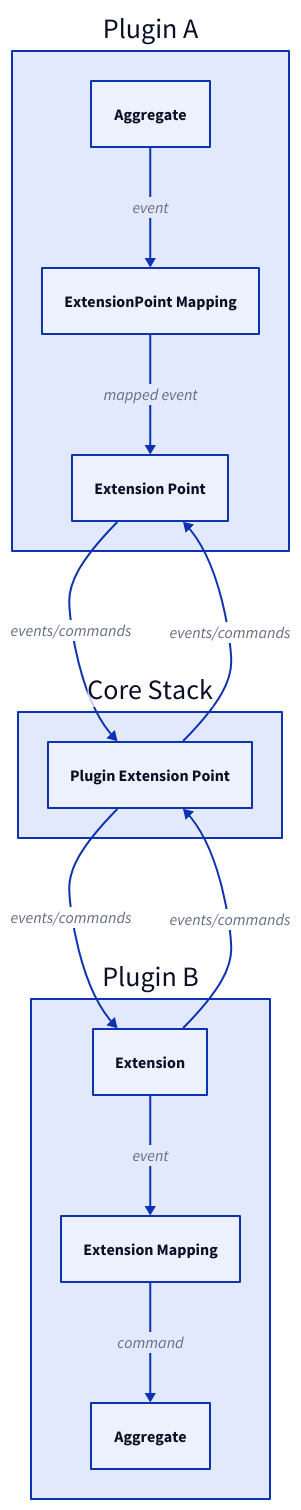
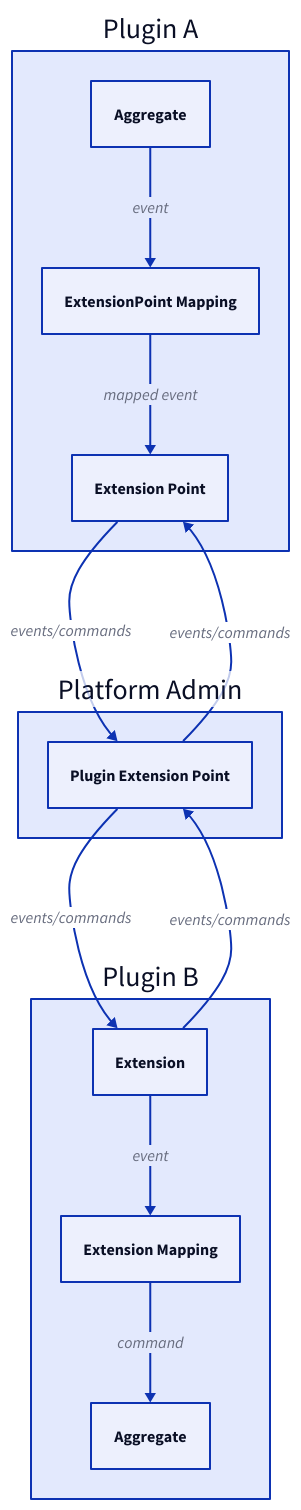
Before and after one commit to ReventlessDev/reventless-core: the third of 5 diagrams in packages/doc/docs-app/components/plugin.md, drawn with D2. The commit also changed other lines of this file and 92 other files, not shown here.

````diff
--- a/packages/doc/docs-app/components/plugin.md
+++ b/packages/doc/docs-app/components/plugin.md
@@ -194,31 +194,31 @@
 ```d2
 PluginA: Plugin A {
   class: plugin-area
   AggA: Aggregate { class: aggregate }
   EPA: Extension Point { class: extension-point }
   EPM: ExtensionPoint Mapping { class: event-mapper }
 
   AggA -> EPM: event { class: event-flow }
   EPM -> EPA: mapped event { class: event-flow }
 }
 
 PluginB: Plugin B {
   class: plugin-area
   ExtB: Extension { class: extension }
   ExtM: Extension Mapping { class: event-mapper }
   AggB: Aggregate { class: aggregate }
 
   ExtB -> ExtM: event { class: event-flow }
   ExtM -> AggB: command { class: command-flow }
 }
 
-CoreStack: Core Stack {
+Admin: Platform Admin {
   class: plugin-area
   PEP: Plugin Extension Point { class: extension-point }
 }
 
-PluginA.EPA -> CoreStack.PEP: events/commands { class: cross-plugin }
-CoreStack.PEP -> PluginA.EPA: events/commands { class: cross-plugin }
-PluginB.ExtB -> CoreStack.PEP: events/commands { class: cross-plugin }
-CoreStack.PEP -> PluginB.ExtB: events/commands { class: cross-plugin }
+PluginA.EPA -> Admin.PEP: events/commands { class: cross-plugin }
+Admin.PEP -> PluginA.EPA: events/commands { class: cross-plugin }
+PluginB.ExtB -> Admin.PEP: events/commands { class: cross-plugin }
+Admin.PEP -> PluginB.ExtB: events/commands { class: cross-plugin }
 ```
````
